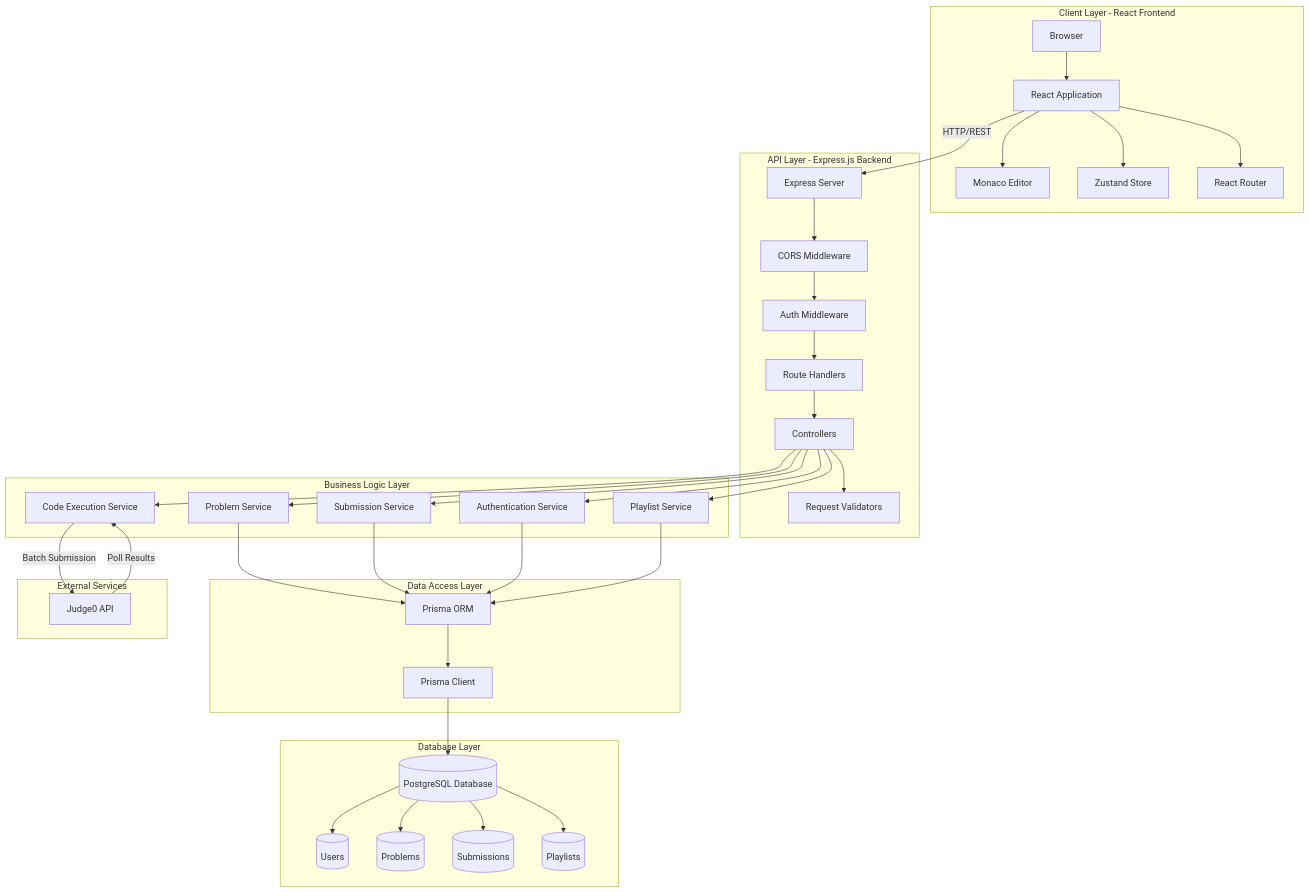
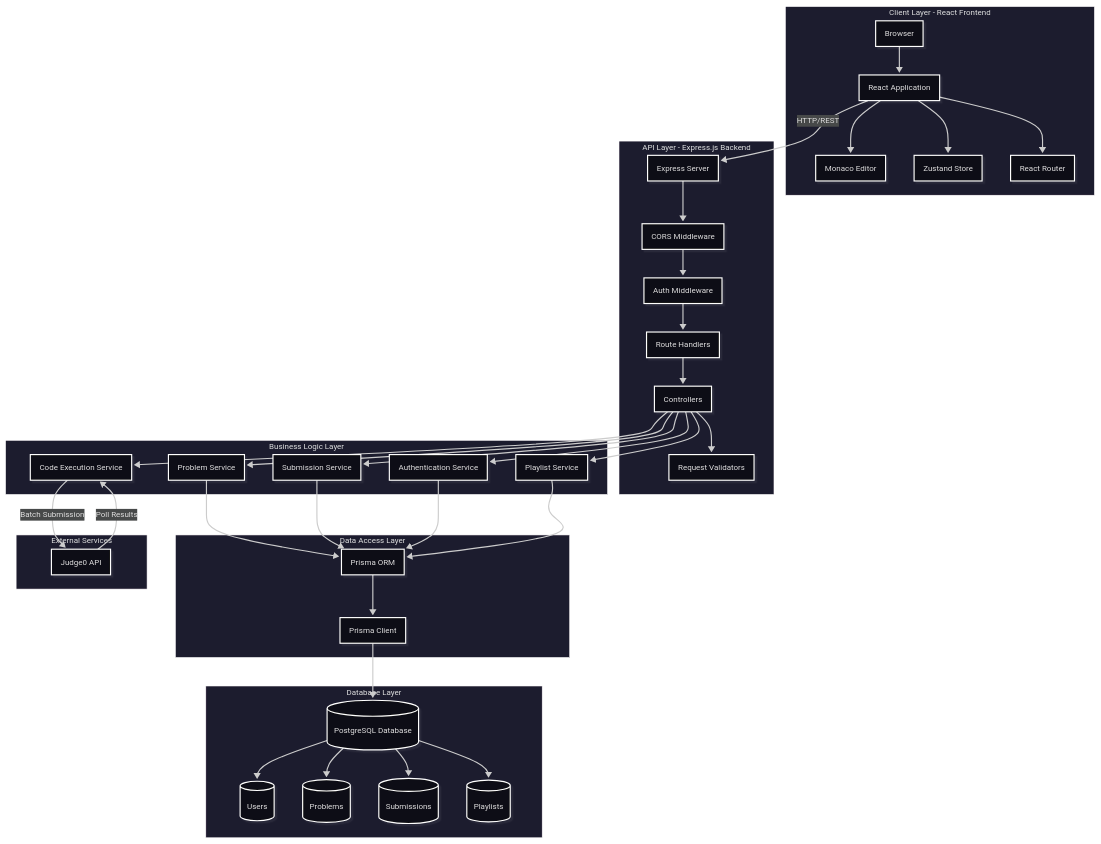
The diagram in README.md (yashrahadve05/CodeMastery), drawn with Mermaid before and after one commit.

Commit message:
Update README.md to include new theme configuration and enhance flowchart details

````diff
--- a/README.md
+++ b/README.md
@@ -65,60 +65,65 @@
 ```mermaid
 ---
 config:
   layout: fixed
+  theme: redux-dark
+  look: neo
 ---
 flowchart TB
  subgraph ClientLayer["Client Layer - React Frontend"]
         Browser["Browser"]
         ReactApp["React Application"]
         Monaco["Monaco Editor"]
         Zustand["Zustand Store"]
         Router["React Router"]
   end
  subgraph APILayer["API Layer - Express.js Backend"]
         Express["Express Server"]
         CORS["CORS Middleware"]
         AuthMW["Auth Middleware"]
         Routes["Route Handlers"]
         Controllers["Controllers"]
         Validators["Request Validators"]
   end
  subgraph BusinessLayer["Business Logic Layer"]
         AuthLogic["Authentication Service"]
         ProblemService["Problem Service"]
         SubmissionService["Submission Service"]
         ExecutionService["Code Execution Service"]
         PlaylistService["Playlist Service"]
   end
  subgraph DataLayer["Data Access Layer"]
         PrismaORM["Prisma ORM"]
         PrismaClient["Prisma Client"]
   end
  subgraph DatabaseLayer["Database Layer"]
         PostgreSQL[("PostgreSQL Database")]
         UserTable[("Users")]
         ProblemTable[("Problems")]
         SubmissionTable[("Submissions")]
         PlaylistTable[("Playlists")]
   end
  subgraph ExternalServices["External Services"]
         Judge0API["Judge0 API"]
   end
     Browser --> ReactApp
     ReactApp --> Monaco & Zustand & Router
     ReactApp -- HTTP/REST --> Express
     Express --> CORS
     CORS --> AuthMW
     AuthMW --> Routes
     Routes --> Controllers
     Controllers --> Validators & AuthLogic & ProblemService & SubmissionService & ExecutionService & PlaylistService
     ExecutionService -- Batch Submission --> Judge0API
     Judge0API -- Poll Results --> ExecutionService
     ProblemService --> PrismaORM
     SubmissionService --> PrismaORM
     AuthLogic --> PrismaORM
-    PlaylistService --> PrismaORM
+    PlaylistService L_PlaylistService_PrismaORM_0@--> PrismaORM
     PrismaORM --> PrismaClient
     PrismaClient --> PostgreSQL
     PostgreSQL --> UserTable & ProblemTable & SubmissionTable & PlaylistTable
+
+
+    L_PlaylistService_PrismaORM_0@{ curve: natural }
 ```
````
